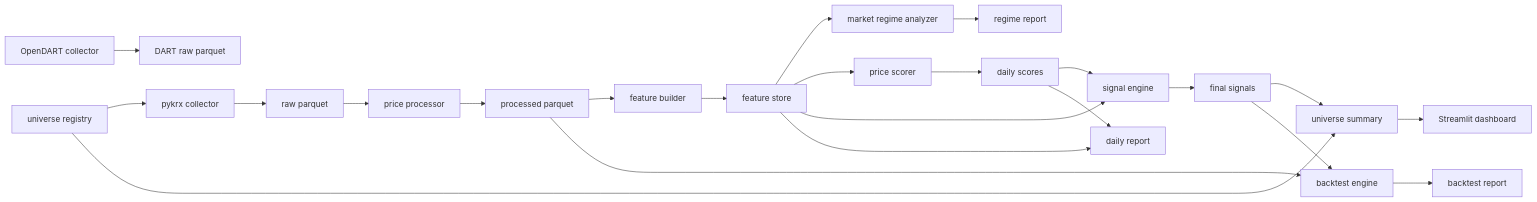
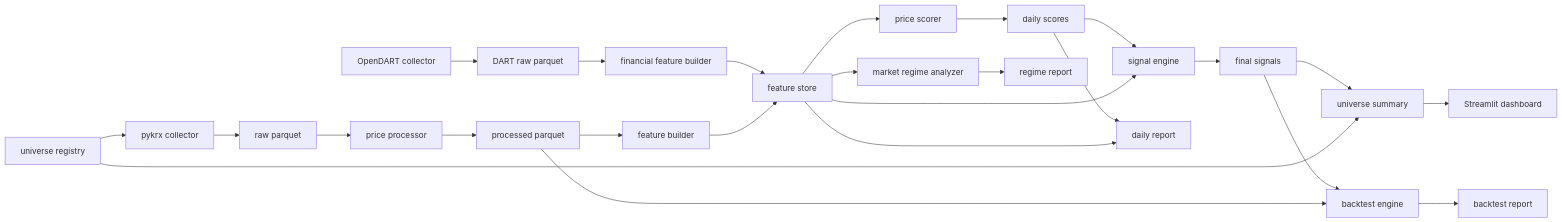
One commit to pkb0728-lgtm/krx-alpha-platform changed the diagram in README.md. Above: the diagram before and after it, drawn with Mermaid. The commit also changed other lines of this file and 17 other files, not shown here.

Commit message:
Add OpenDART financial feature scoring

````diff
--- a/README.md
+++ b/README.md
@@ -60,25 +61,27 @@
 ```mermaid
 flowchart LR
     A["pykrx collector"] --> B["raw parquet"]
     X["OpenDART collector"] --> Y["DART raw parquet"]
+    Y --> Z["financial feature builder"]
+    Z --> F
     B --> C["price processor"]
     C --> D["processed parquet"]
     D --> E["feature builder"]
     E --> F["feature store"]
     F --> R["market regime analyzer"]
     F --> G["price scorer"]
     G --> H["daily scores"]
     H --> I["signal engine"]
     F --> I
     I --> J["final signals"]
     H --> K["daily report"]
     F --> K
     J --> L["universe summary"]
     L --> M["Streamlit dashboard"]
     J --> N["backtest engine"]
     D --> N
     N --> O["backtest report"]
     P["universe registry"] --> A
     P --> L
     R --> Q["regime report"]
 ```
````
